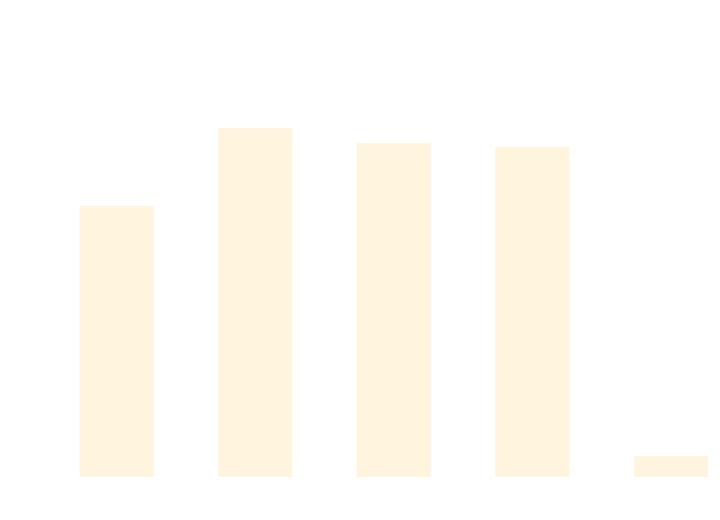
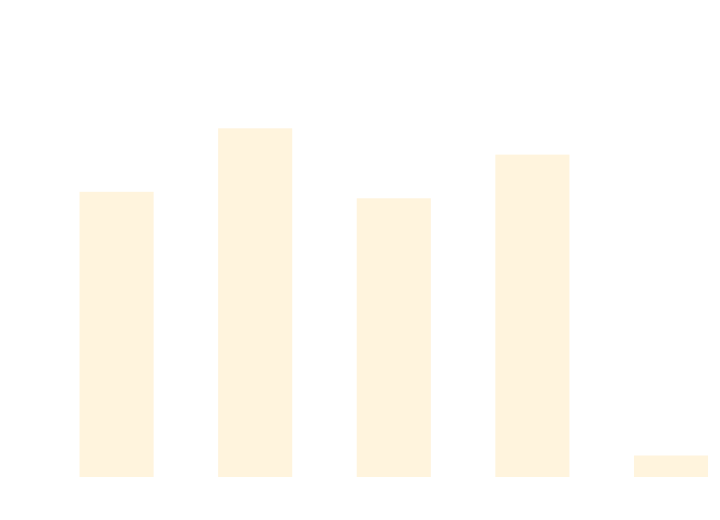
The diagram in docs/docs/benchmarks/DataDrivenTests.md (thomhurst/TUnit), drawn with Mermaid before and after one commit. The commit also changed other lines of this file and 17 other files, not shown here.

````diff
--- a/docs/docs/benchmarks/DataDrivenTests.md
+++ b/docs/docs/benchmarks/DataDrivenTests.md
@@ -27,37 +27,37 @@
 ```mermaid
 %%{init: {
   'theme':'base',
   'themeVariables': {
     'primaryColor': '#2563eb',
     'primaryTextColor': '#ffffff',
     'primaryBorderColor': '#1e40af',
     'lineColor': '#6b7280',
     'secondaryColor': '#7c3aed',
     'tertiaryColor': '#dc2626',
     'background': '#ffffff',
     'mainBkg': '#2563eb',
     'secondBkg': '#7c3aed',
     'tertiaryBkg': '#dc2626',
     'clusterBkg': '#f3f4f6',
     'edgeLabelBackground': '#ffffff',
     'tertiaryTextColor': '#1f2937',
     'pie1': '#2563eb',
     'pie2': '#7c3aed',
     'pie3': '#dc2626',
     'pie4': '#f59e0b',
     'pie5': '#10b981',
     'pie6': '#06b6d4',
     'pie7': '#ec4899',
     'pie8': '#6366f1',
     'pie9': '#84cc16',
     'pie10': '#f97316',
     'pie11': '#14b8a6',
     'pie12': '#a855f7'
   }
 }}%%
 xychart-beta
   title "DataDrivenTests Performance Comparison"
   x-axis ["TUnit", "NUnit", "MSTest", "xUnit3", "TUnit_AOT"]
-  y-axis "Time (ms)" 0 --> 780
-  bar [501.49, 649.96, 621.3, 614.67, 25.06]
+  y-axis "Time (ms)" 0 --> 752
+  bar [509.64, 626.37, 497.72, 578.03, 24.83]
 ```
````
